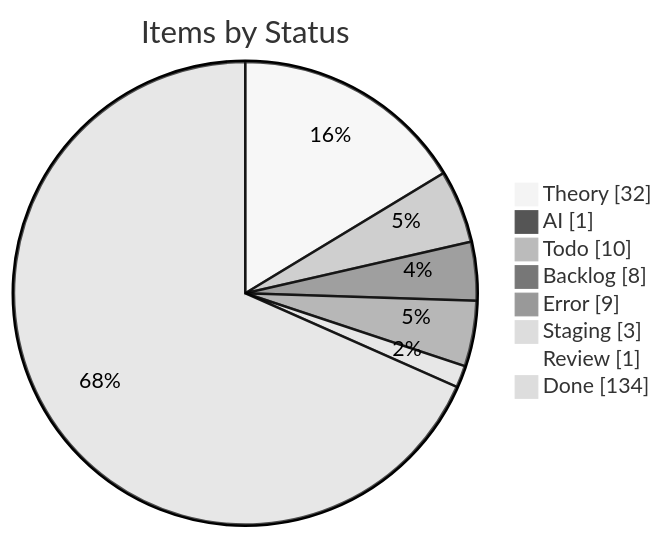
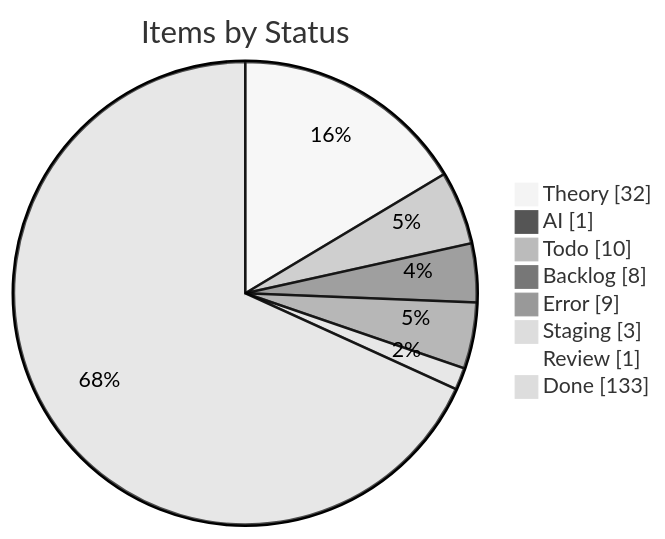
The first of 4 diagrams in apps/kbve/astro-kbve/src/content/docs/dashboard/kanban-data.mdx (KBVE/kbve), drawn with Mermaid (neutral theme) before and after one commit. The commit also changed other lines of this file and 8 other files, not shown here.

````diff
--- a/apps/kbve/astro-kbve/src/content/docs/dashboard/kanban-data.mdx
+++ b/apps/kbve/astro-kbve/src/content/docs/dashboard/kanban-data.mdx
@@ -55,12 +55,12 @@
 ```mermaid
 pie showData
     title Items by Status
     "Theory" : 32
     "AI" : 1
     "Todo" : 10
     "Backlog" : 8
     "Error" : 9
     "Staging" : 3
     "Review" : 1
-    "Done" : 134
+    "Done" : 133
 ```
````
